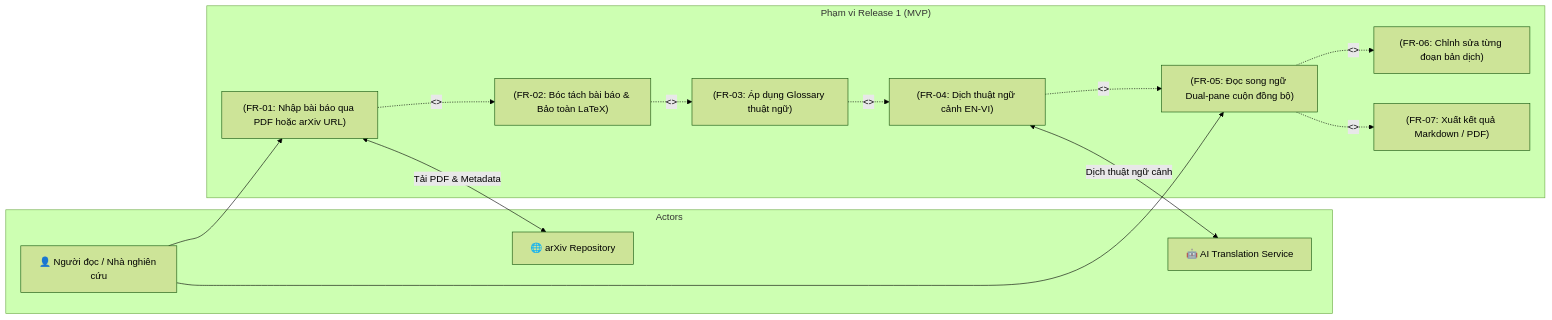
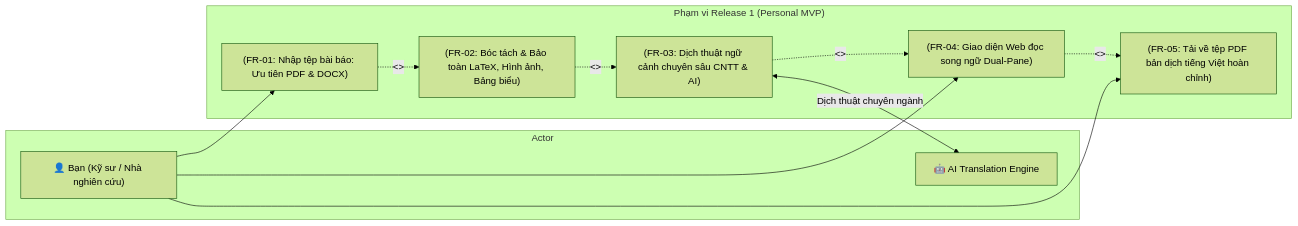
One commit to phamvantienkiz/paper-translation changed the first of 2 diagrams in docs/implementation/release-1/prd.md. Above: the diagram before and after it, drawn with Mermaid (forest theme). The commit also changed other lines of this file and 15 other files, not shown here.

````diff
--- a/docs/implementation/release-1/prd.md
+++ b/docs/implementation/release-1/prd.md
@@ -50,30 +46,25 @@
 ```mermaid
 flowchart LR
-    subgraph Users ["Actors"]
-        Reader["👤 Người đọc / Nhà nghiên cứu"]
-        ArxivExt["🌐 arXiv Repository"]
-        AIEngine["🤖 AI Translation Service"]
+    subgraph UserActor ["Actor"]
+        User["👤 Bạn (Kỹ sư / Nhà nghiên cứu)"]
+        LLM["🤖 AI Translation Engine"]
     end
 
-    subgraph SystemBoundary ["Phạm vi Release 1 (MVP)"]
-        UC1["(FR-01: Nhập bài báo qua PDF hoặc arXiv URL)"]
-        UC2["(FR-02: Bóc tách bài báo & Bảo toàn LaTeX)"]
-        UC3["(FR-03: Áp dụng Glossary thuật ngữ)"]
-        UC4["(FR-04: Dịch thuật ngữ cảnh EN-VI)"]
-        UC5["(FR-05: Đọc song ngữ Dual-pane cuộn đồng bộ)"]
-        UC6["(FR-06: Chỉnh sửa từng đoạn bản dịch)"]
-        UC7["(FR-07: Xuất kết quả Markdown / PDF)"]
+    subgraph SystemBoundary ["Phạm vi Release 1 (Personal MVP)"]
+        UC1["(FR-01: Nhập tệp bài báo: Ưu tiên PDF & DOCX)"]
+        UC2["(FR-02: Bóc tách & Bảo toàn LaTeX, Hình ảnh, Bảng biểu)"]
+        UC3["(FR-03: Dịch thuật ngữ cảnh chuyên sâu CNTT & AI)"]
+        UC4["(FR-04: Giao diện Web đọc song ngữ Dual-Pane)"]
+        UC5["(FR-05: Tải về tệp PDF bản dịch tiếng Việt hoàn chỉnh)"]
 
         UC1 -.->|<<include>>| UC2
         UC2 -.->|<<include>>| UC3
         UC3 -.->|<<include>>| UC4
-        UC4 -.->|<<include>>| UC5
-        UC5 -.->|<<extend>>| UC6
-        UC5 -.->|<<extend>>| UC7
+        UC4 -.->|<<extend>>| UC5
     end
 
-    Reader --> UC1
-    Reader --> UC5
-    UC1 <-->|Tải PDF & Metadata| ArxivExt
-    UC4 <-->|Dịch thuật ngữ cảnh| AIEngine
+    User --> UC1
+    User --> UC4
+    User --> UC5
+    UC3 <-->|Dịch thuật chuyên ngành| LLM
 ```
````
